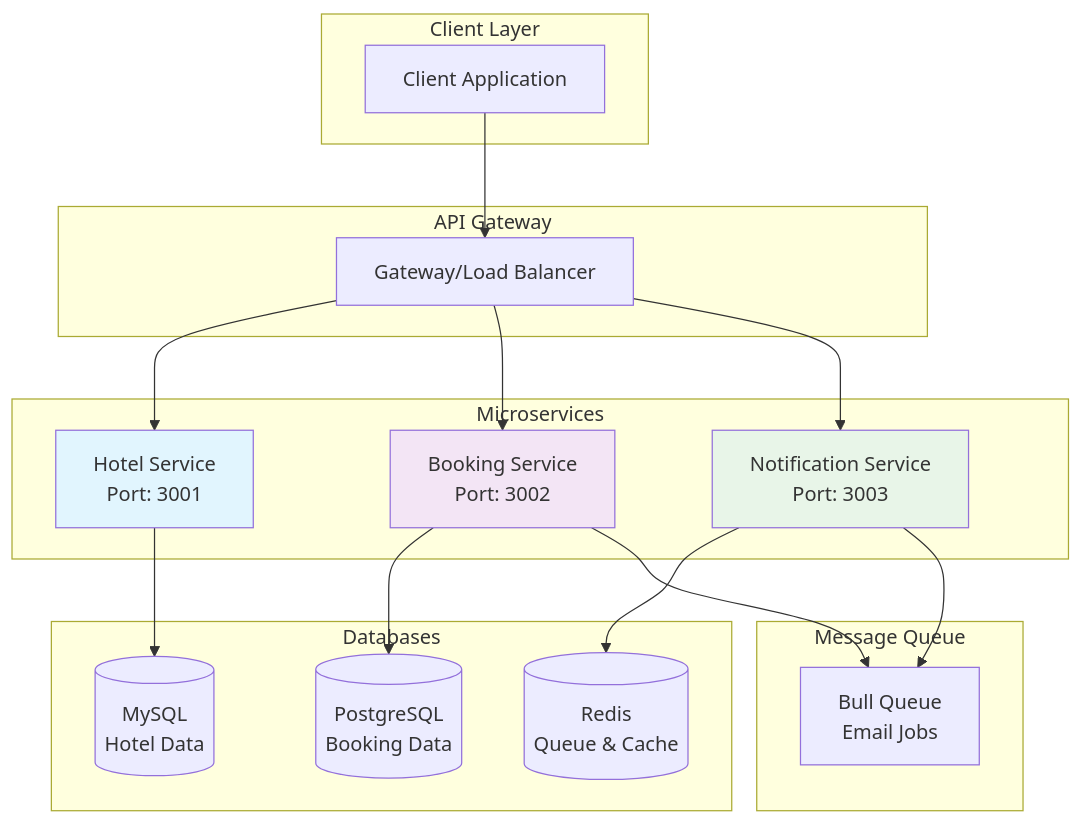
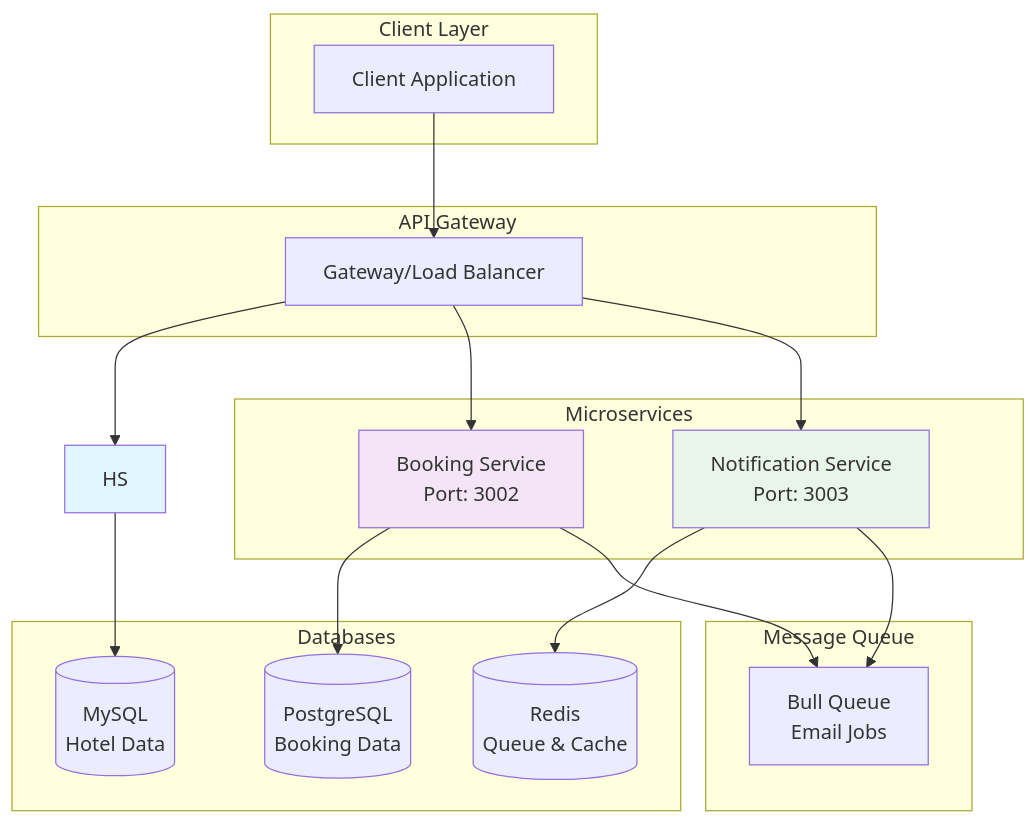
One commit to Jyotishmoy12/airbnb-booking-backend changed the first of 2 diagrams in README.md. Above: the diagram before and after it, drawn with Mermaid. The commit also changed other lines of this file, not shown here.

````diff
--- a/README.md
+++ b/README.md
@@ -25,41 +25,40 @@
 ```mermaid
 graph TB
     subgraph "Client Layer"
         C[Client Application]
     end
     
     subgraph "API Gateway"
         GW[Gateway/Load Balancer]
     end
     
     subgraph "Microservices"
-        HS[Hotel Service<br/>Port: 3001]
         BS[Booking Service<br/>Port: 3002]
         NS[Notification Service<br/>Port: 3003]
     end
     
     subgraph "Databases"
         MySQL[(MySQL<br/>Hotel Data)]
         PostgreSQL[(PostgreSQL<br/>Booking Data)]
         Redis[(Redis<br/>Queue & Cache)]
     end
     
     subgraph "Message Queue"
         BQ[Bull Queue<br/>Email Jobs]
     end
     
     C --> GW
     GW --> HS
     GW --> BS
     GW --> NS
     
     HS --> MySQL
     BS --> PostgreSQL
     BS --> BQ
     NS --> Redis
     NS --> BQ
     
     style HS fill:#e1f5fe
     style BS fill:#f3e5f5
     style NS fill:#e8f5e8
 ```
````
